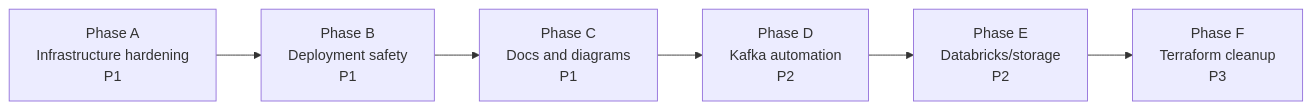
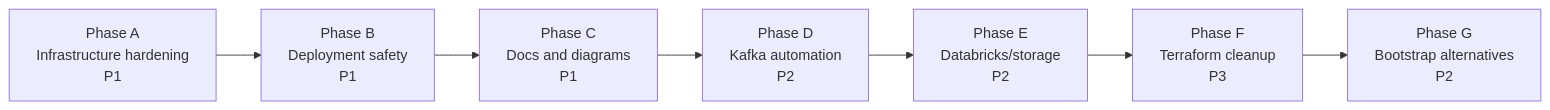
One commit to Chambras/SingleKafkaNode changed the second of 2 diagrams in README.md. Above: the diagram before and after it, drawn with Mermaid. The commit also changed other lines of this file and 10 other files, not shown here.

````diff
--- a/README.md
+++ b/README.md
@@ -424,11 +446,12 @@
 ```mermaid
 flowchart LR
     A[Phase A<br/>Infrastructure hardening<br/>P1]
     B[Phase B<br/>Deployment safety<br/>P1]
     C[Phase C<br/>Docs and diagrams<br/>P1]
     D[Phase D<br/>Kafka automation<br/>P2]
     E[Phase E<br/>Databricks/storage<br/>P2]
     F[Phase F<br/>Terraform cleanup<br/>P3]
+    G[Phase G<br/>Bootstrap alternatives<br/>P2]
 
-    A --> B --> C --> D --> E --> F
+    A --> B --> C --> D --> E --> F --> G
 ```
````
